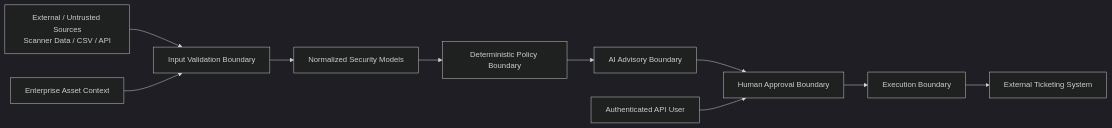
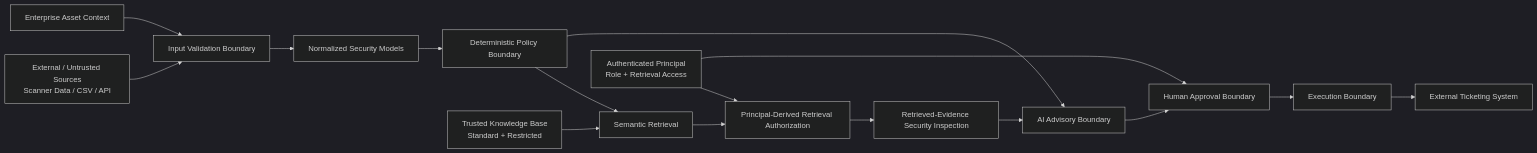
The diagram in THREAT_MODEL.md (shabaaz3000-oss/vm-ai-agent), drawn with Mermaid (dark theme) before and after one commit. The commit also changed other lines of this file and 11 other files, not shown here.

````diff
--- a/THREAT_MODEL.md
+++ b/THREAT_MODEL.md
@@ -36,20 +40,26 @@
 ```mermaid
 flowchart LR
     A["External / Untrusted Sources<br/>Scanner Data / CSV / API"] --> B["Input Validation Boundary"]
 
+    I["Enterprise Asset Context"] --> B
+
     B --> C["Normalized Security Models"]
-
     C --> D["Deterministic Policy Boundary"]
 
-    D --> E["AI Advisory Boundary"]
+    K["Trusted Knowledge Base<br/>Standard + Restricted"] --> R["Semantic Retrieval"]
+    D --> R
+
+    U["Authenticated Principal<br/>Role + Retrieval Access"] --> Z["Principal-Derived Retrieval Authorization"]
+    R --> Z
+
+    Z --> P["Retrieved-Evidence Security Inspection"]
+    P --> E["AI Advisory Boundary"]
+
+    D --> E
 
     E --> F["Human Approval Boundary"]
+    U --> F
 
     F --> G["Execution Boundary"]
-
     G --> H["External Ticketing System"]
-
-    I["Enterprise Asset Context"] --> B
-
-    J["Authenticated API User"] --> F
 ```
````
